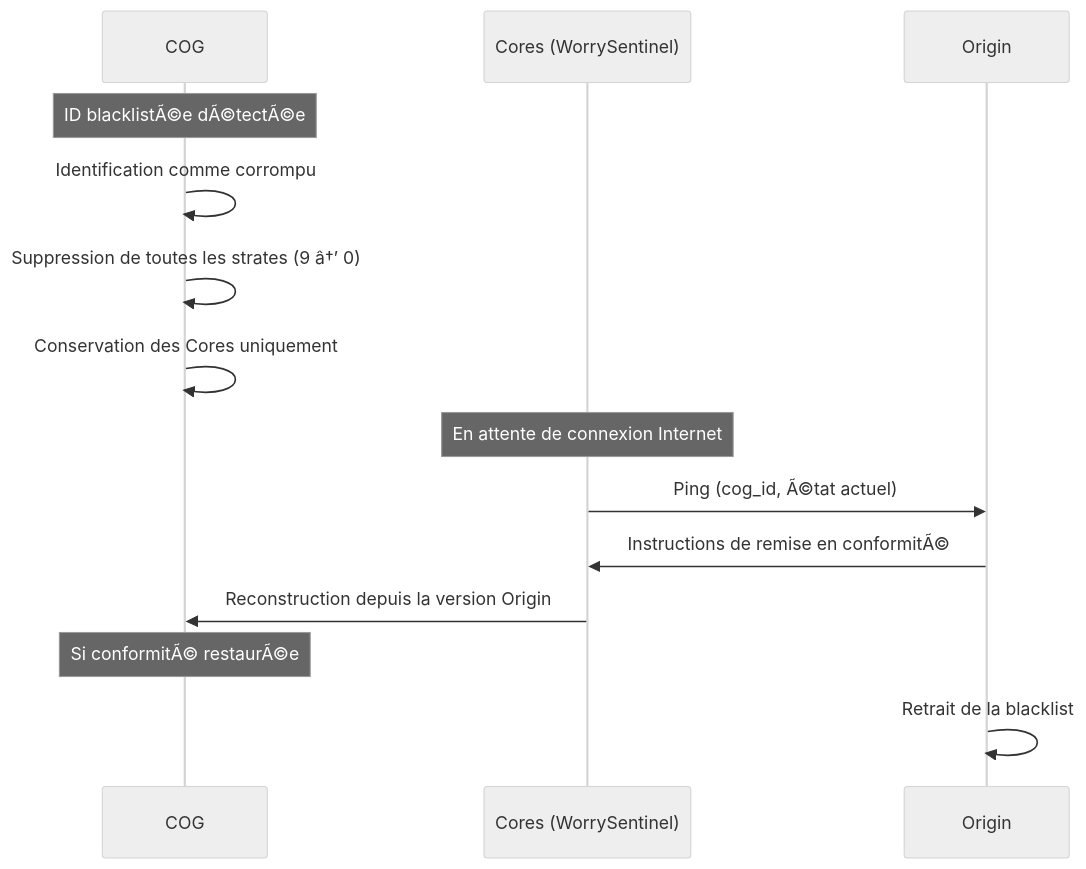
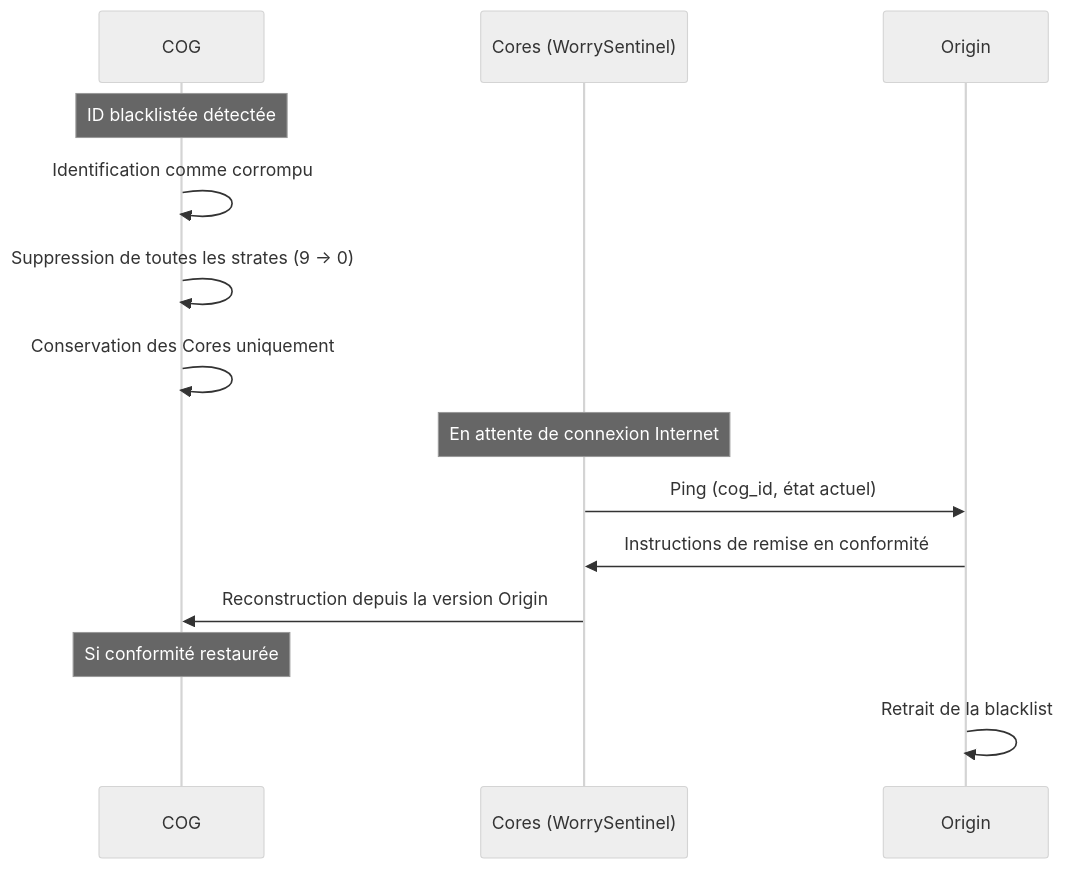
One commit to StudioMiyukini/miyukini_cog changed the second of 5 diagrams in docs/miyukini-webway-system/securite/MWS - Quarantaine et Blacklist.md. Above: the diagram before and after it, drawn with Mermaid (neutral theme). The commit also changed other lines of this file and 564 other files, not shown here.

````diff
--- a/docs/miyukini-webway-system/securite/MWS - Quarantaine et Blacklist.md
+++ b/docs/miyukini-webway-system/securite/MWS - Quarantaine et Blacklist.md
@@ -122,17 +122,17 @@
 ```mermaid
 sequenceDiagram
     participant COG as COG
     participant Cores as Cores (WorrySentinel)
     participant O as Origin
 
-    Note over COG: ID blacklistÃ©e dÃ©tectÃ©e
+    Note over COG: ID blacklistée détectée
     COG->>COG: Identification comme corrompu
-    COG->>COG: Suppression de toutes les strates (9 â†’ 0)
+    COG->>COG: Suppression de toutes les strates (9 → 0)
     COG->>COG: Conservation des Cores uniquement
     Note over Cores: En attente de connexion Internet
-    Cores->>O: Ping (cog_id, Ã©tat actuel)
-    O->>Cores: Instructions de remise en conformitÃ©
+    Cores->>O: Ping (cog_id, état actuel)
+    O->>Cores: Instructions de remise en conformité
     Cores->>COG: Reconstruction depuis la version Origin
-    Note over COG: Si conformitÃ© restaurÃ©e
+    Note over COG: Si conformité restaurée
     O->>O: Retrait de la blacklist
 ```
````
